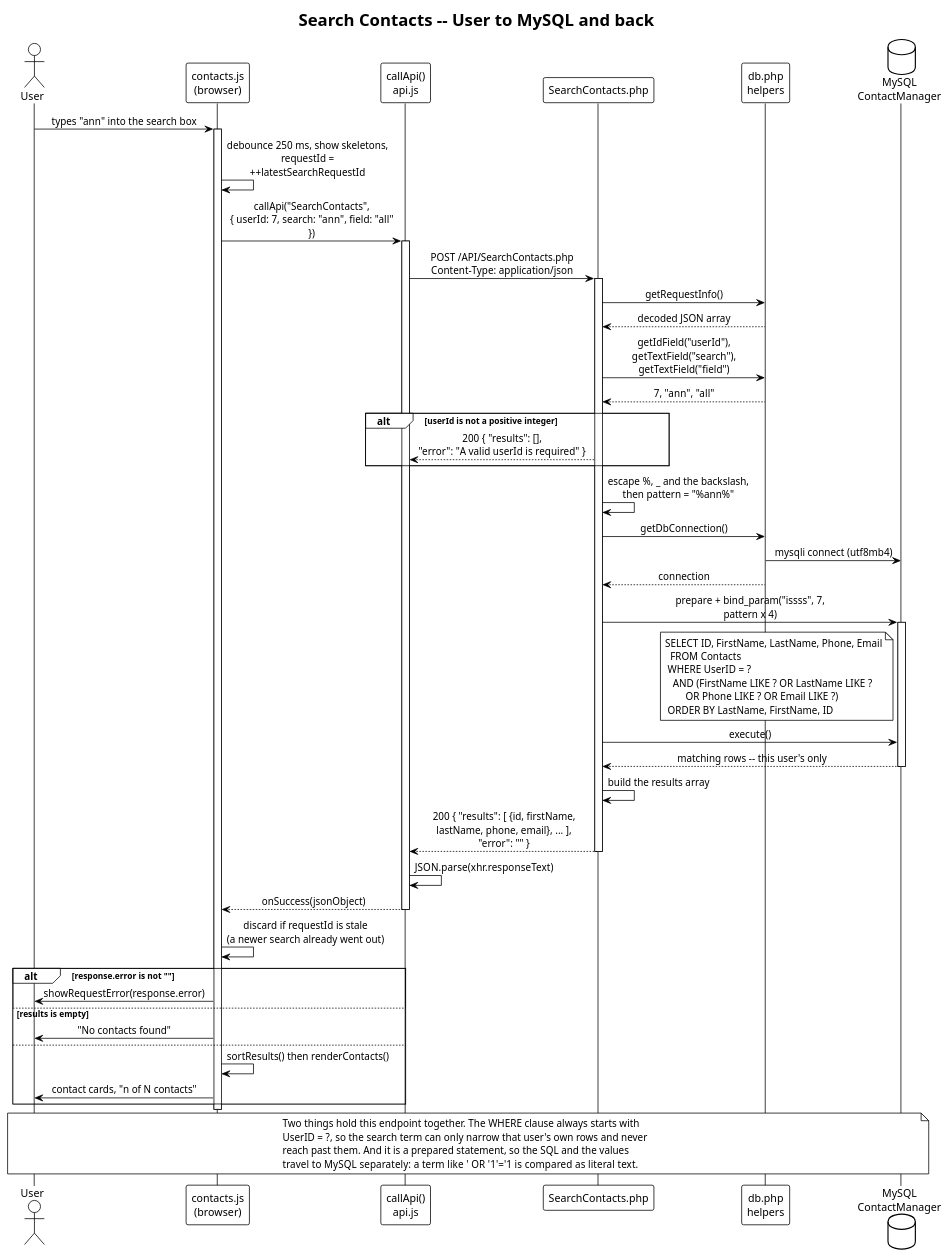
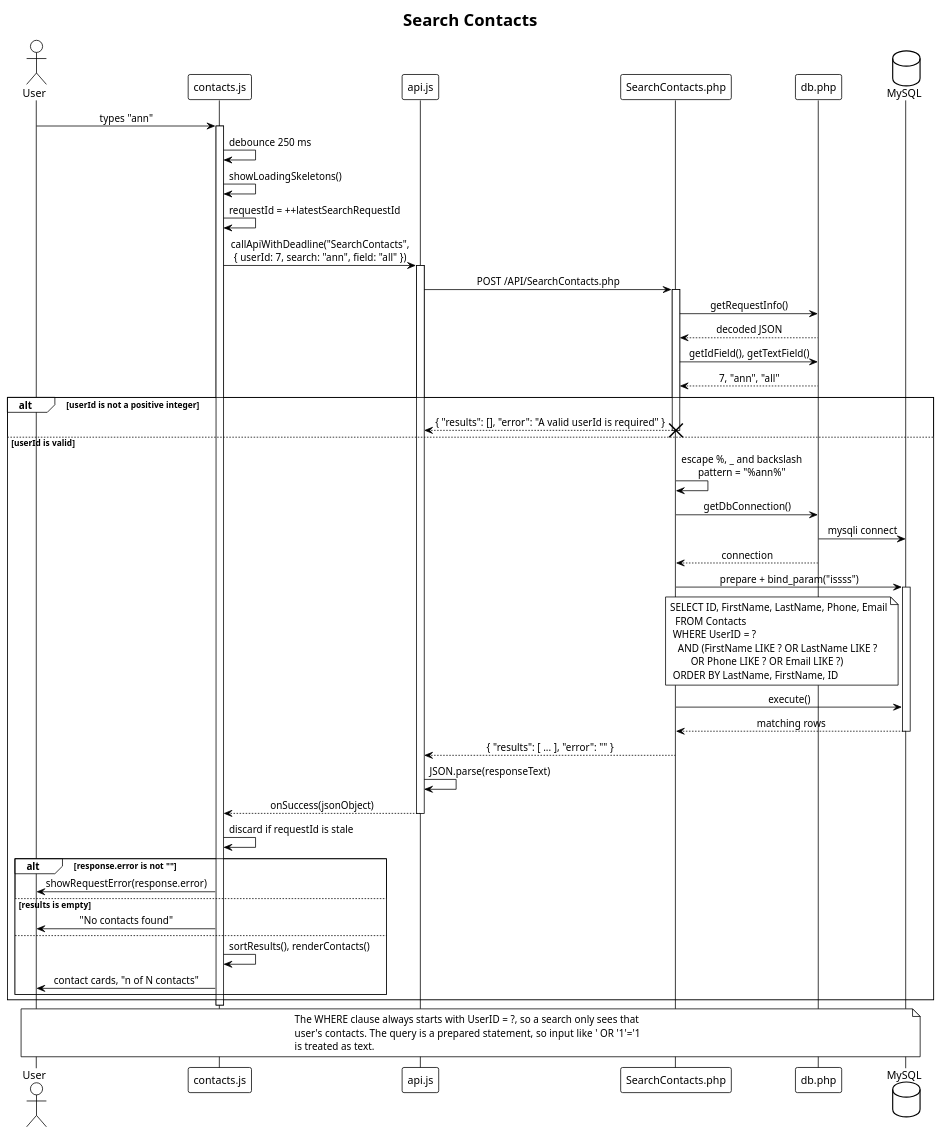
Before and after one commit to polter-dev/Poosd-Small-Project: the diagram in docs/uml/sequence-search.puml, drawn with PlantUML. The commit also changed 8 other files, not shown here.

```diff
--- a/docs/uml/sequence-search.puml
+++ b/docs/uml/sequence-search.puml
@@ -1,91 +1,95 @@
 @startuml sequence-search
-' Personal Contact Manager -- sequence diagram for one search
+' Contact Manager -- sequence diagram for one search
 ' Traced from frontend/js/contacts.js -> frontend/js/api.js
 '   -> API/SearchContacts.php -> API/db.php -> MySQL
 
 !theme plain
 skinparam shadowing false
 skinparam sequenceMessageAlign center
 skinparam ParticipantBackgroundColor White
 skinparam ParticipantBorderColor Black
-skinparam maxMessageSize 220
 
-title Search Contacts -- User to MySQL and back
+title Search Contacts
 
 actor "User" as USER
-participant "contacts.js\n(browser)" as JS
-participant "callApi()\napi.js" as CALL
+participant "contacts.js" as JS
+participant "api.js" as CALL
 participant "SearchContacts.php" as PHP
-participant "db.php\nhelpers" as DB
-database "MySQL\nContactManager" as SQL
+participant "db.php" as DB
+database "MySQL" as SQL
 
-USER -> JS : types "ann" into the search box
+USER -> JS : types "ann"
 activate JS
 
-JS -> JS : debounce 250 ms, show skeletons,\nrequestId = ++latestSearchRequestId
+JS -> JS : debounce 250 ms
+JS -> JS : showLoadingSkeletons()
+JS -> JS : requestId = ++latestSearchRequestId
 
-JS -> CALL : callApi("SearchContacts",\n{ userId: 7, search: "ann", field: "all" })
+JS -> CALL : callApiWithDeadline("SearchContacts",\n{ userId: 7, search: "ann", field: "all" })
 activate CALL
 
-CALL -> PHP : POST /API/SearchContacts.php\nContent-Type: application/json
+CALL -> PHP : POST /API/SearchContacts.php
 activate PHP
 
 PHP -> DB : getRequestInfo()
-DB --> PHP : decoded JSON array
+DB --> PHP : decoded JSON
 
-PHP -> DB : getIdField("userId"),\ngetTextField("search"), getTextField("field")
+PHP -> DB : getIdField(), getTextField()
 DB --> PHP : 7, "ann", "all"
 
 alt userId is not a positive integer
-  PHP --> CALL : 200 { "results": [],\n"error": "A valid userId is required" }
-end
 
-PHP -> PHP : escape %, _ and the backslash,\nthen pattern = "%ann%"
+  PHP --> CALL : { "results": [], "error": "A valid userId is required" }
+  destroy PHP
 
-PHP -> DB : getDbConnection()
-DB -> SQL : mysqli connect (utf8mb4)
-DB --> PHP : connection
+else userId is valid
 
-PHP -> SQL : prepare + bind_param("issss", 7, pattern x 4)
-activate SQL
-note left of SQL
-  SELECT ID, FirstName, LastName, Phone, Email
-    FROM Contacts
-   WHERE UserID = ?
-     AND (FirstName LIKE ? OR LastName LIKE ?
-          OR Phone LIKE ? OR Email LIKE ?)
-   ORDER BY LastName, FirstName, ID
-end note
-PHP -> SQL : execute()
-SQL --> PHP : matching rows -- this user's only
-deactivate SQL
+  PHP -> PHP : escape %, _ and backslash\npattern = "%ann%"
 
-PHP -> PHP : build the results array
-PHP --> CALL : 200 { "results": [ {id, firstName,\nlastName, phone, email}, ... ], "error": "" }
-deactivate PHP
+  PHP -> DB : getDbConnection()
+  DB -> SQL : mysqli connect
+  DB --> PHP : connection
 
-CALL -> CALL : JSON.parse(xhr.responseText)
-CALL --> JS : onSuccess(jsonObject)
-deactivate CALL
+  PHP -> SQL : prepare + bind_param("issss")
+  activate SQL
+  note left of SQL
+    SELECT ID, FirstName, LastName, Phone, Email
+      FROM Contacts
+     WHERE UserID = ?
+       AND (FirstName LIKE ? OR LastName LIKE ?
+            OR Phone LIKE ? OR Email LIKE ?)
+     ORDER BY LastName, FirstName, ID
+  end note
+  PHP -> SQL : execute()
+  SQL --> PHP : matching rows
+  deactivate SQL
 
-JS -> JS : discard if requestId is stale\n(a newer search already went out)
+  PHP --> CALL : { "results": [ ... ], "error": "" }
+  deactivate PHP
 
-alt response.error is not ""
-  JS -> USER : showRequestError(response.error)
-else results is empty
-  JS -> USER : "No contacts found"
-else
-  JS -> JS : sortResults() then renderContacts()
-  JS -> USER : contact cards, "n of N contacts"
+  CALL -> CALL : JSON.parse(responseText)
+  CALL --> JS : onSuccess(jsonObject)
+  deactivate CALL
+
+  JS -> JS : discard if requestId is stale
+
+  alt response.error is not ""
+    JS -> USER : showRequestError(response.error)
+  else results is empty
+    JS -> USER : "No contacts found"
+  else
+    JS -> JS : sortResults(), renderContacts()
+    JS -> USER : contact cards, "n of N contacts"
+  end
+
 end
 
 deactivate JS
 
 note across
-  Two things hold this endpoint together. The WHERE clause always starts with
-  UserID = ?, so the search term can only narrow that user's own rows and never
-  reach past them. And it is a prepared statement, so the SQL and the values
-  travel to MySQL separately: a term like  ' OR '1'='1  is compared as literal text.
+  The WHERE clause always starts with UserID = ?, so a search only sees that
+  user's contacts. The query is a prepared statement, so input like  ' OR '1'='1
+  is treated as text.
 end note
 
 @enduml
```
